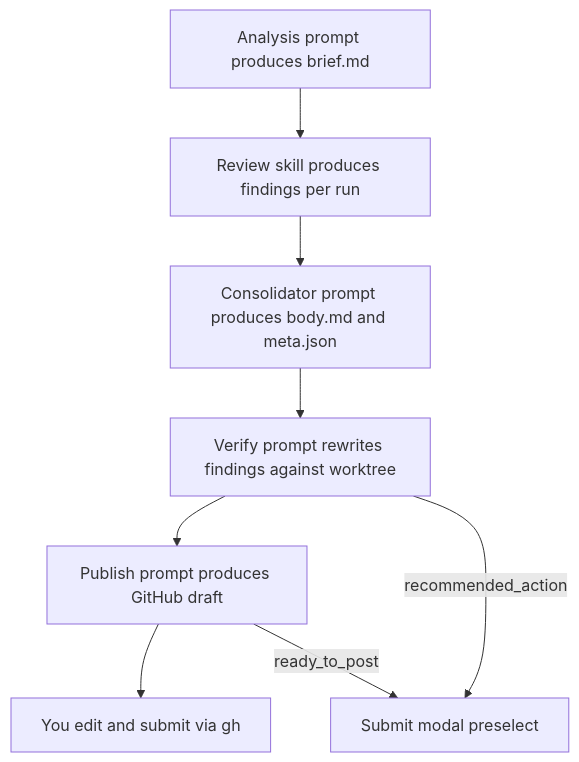
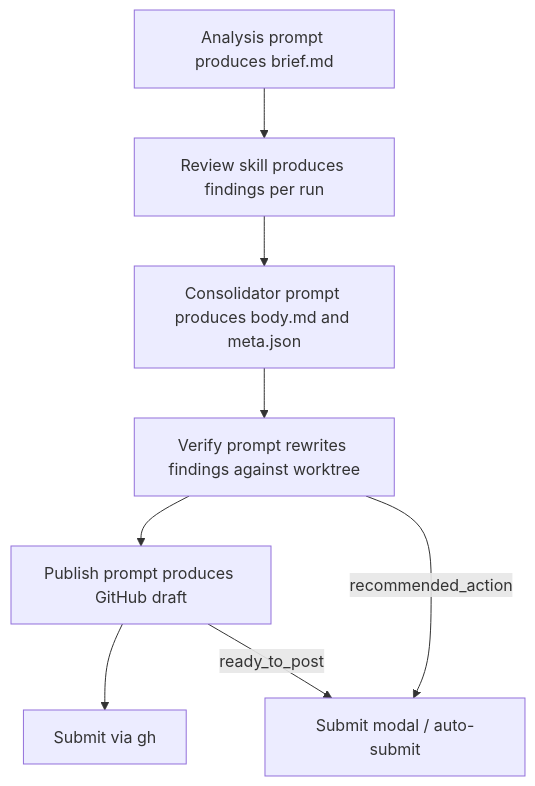
Before and after one commit to israel-segundo/lazyreview: the fourth of 4 diagrams in README.md, drawn with Mermaid. The commit also changed other lines of this file and 1 other file, not shown here.

First line of the commit message:
Document optional auto-kick and auto-submit in README and /why.

````diff
--- a/README.md
+++ b/README.md
@@ -100,12 +105,12 @@
 ```mermaid
 flowchart TD
   p1["Analysis prompt produces brief.md"]
   p2["Review skill produces findings per run"]
   p3["Consolidator prompt produces body.md and meta.json"]
   p4["Verify prompt rewrites findings against worktree"]
   p5["Publish prompt produces GitHub draft"]
-  p6["You edit and submit via gh"]
+  p6["Submit via gh"]
   p1 --> p2 --> p3 --> p4 --> p5 --> p6
-  p4 -->|recommended_action| ui[Submit modal preselect]
+  p4 -->|recommended_action| ui[Submit modal / auto-submit]
   p5 -->|ready_to_post| ui
 ```
````
